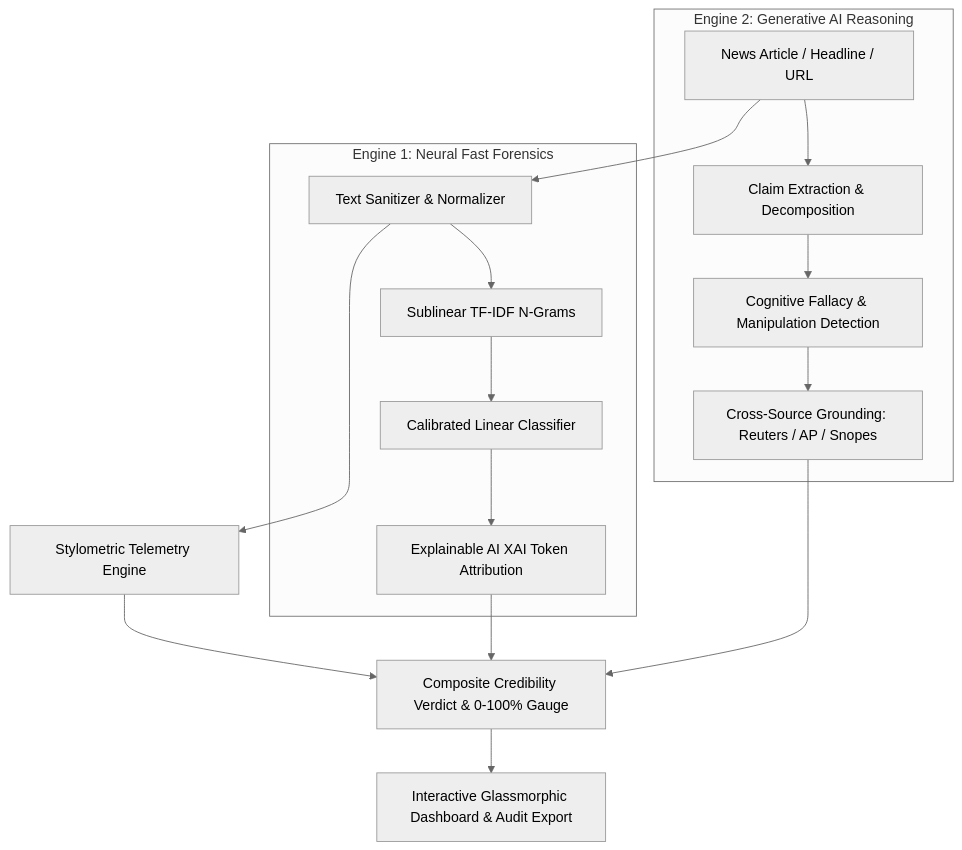
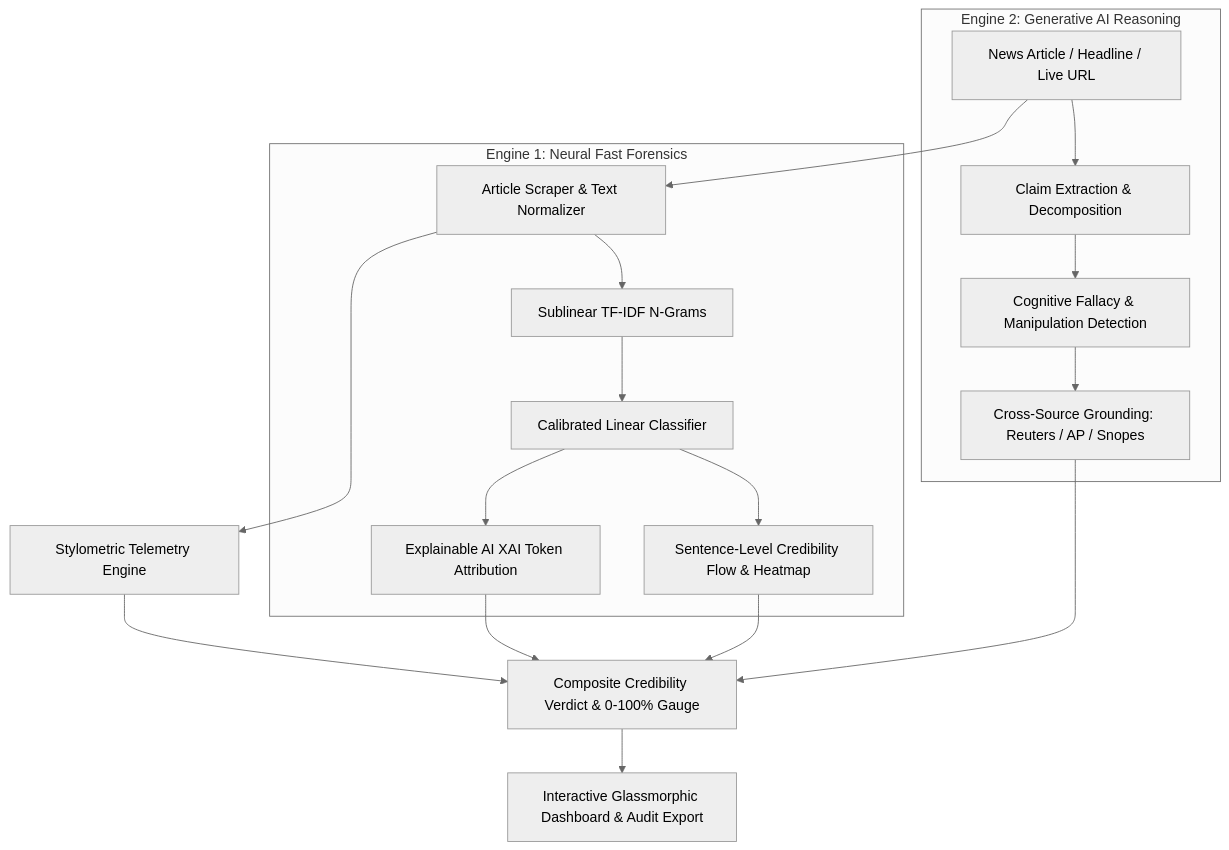
Before and after one commit to Vikas003dangi/Fake-news-detection: the diagram in README.md, drawn with Mermaid (neutral theme). The commit also changed other lines of this file and 19 other files, not shown here.

Commit message:
feat: live article URL scraper, sentence credibility heatmap, and full test suite

````diff
--- a/README.md
+++ b/README.md
@@ -21,22 +21,24 @@
 ```mermaid
 flowchart TD
-    A[News Article / Headline / URL] --> B[Text Sanitizer & Normalizer]
+    A[News Article / Headline / Live URL] --> B[Article Scraper & Text Normalizer]
     B --> C[Stylometric Telemetry Engine]
     
     subgraph Engine 1: Neural Fast Forensics
     B --> D[Sublinear TF-IDF N-Grams]
     D --> E[Calibrated Linear Classifier]
     E --> F[Explainable AI XAI Token Attribution]
+    E --> S[Sentence-Level Credibility Flow & Heatmap]
     end
     
     subgraph Engine 2: Generative AI Reasoning
     A --> G[Claim Extraction & Decomposition]
     G --> H[Cognitive Fallacy & Manipulation Detection]
     H --> I[Cross-Source Grounding: Reuters / AP / Snopes]
     end
     
     C --> J[Composite Credibility Verdict & 0-100% Gauge]
     F --> J
+    S --> J
     I --> J
     J --> K[Interactive Glassmorphic Dashboard & Audit Export]
 ```
````
